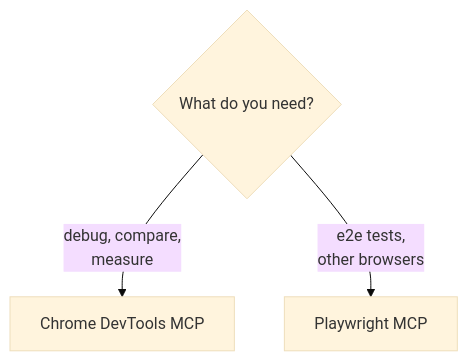
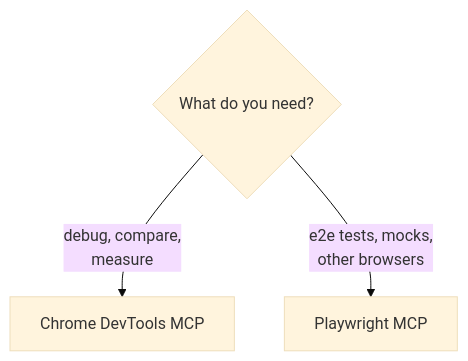
The fourth of 4 diagrams in posts/debugging-in-the-agentic-era.md (helderberto/helderberto.com), drawn with Mermaid (base theme) before and after one commit. The commit also changed other lines of this file and 2 other files, not shown here.

````diff
--- a/posts/debugging-in-the-agentic-era.md
+++ b/posts/debugging-in-the-agentic-era.md
@@ -188,8 +226,8 @@
 ```mermaid
 flowchart TD
   accTitle: Choosing a browser MCP server
-  accDescr: To debug, compare pages, or measure performance in Chrome, use Chrome DevTools MCP. To write end-to-end tests or check Firefox and Safari, use Playwright MCP.
+  accDescr: To debug, compare pages, or measure performance in Chrome, use Chrome DevTools MCP. To write end-to-end tests, mock failed requests, or check Firefox and Safari, use Playwright MCP.
   need{What do you need?}
   need -- "debug, compare,<br>measure" --> devtools[Chrome DevTools MCP]
-  need -- "e2e tests,<br>other browsers" --> playwright[Playwright MCP]
+  need -- "e2e tests, mocks,<br>other browsers" --> playwright[Playwright MCP]
 ```
````
